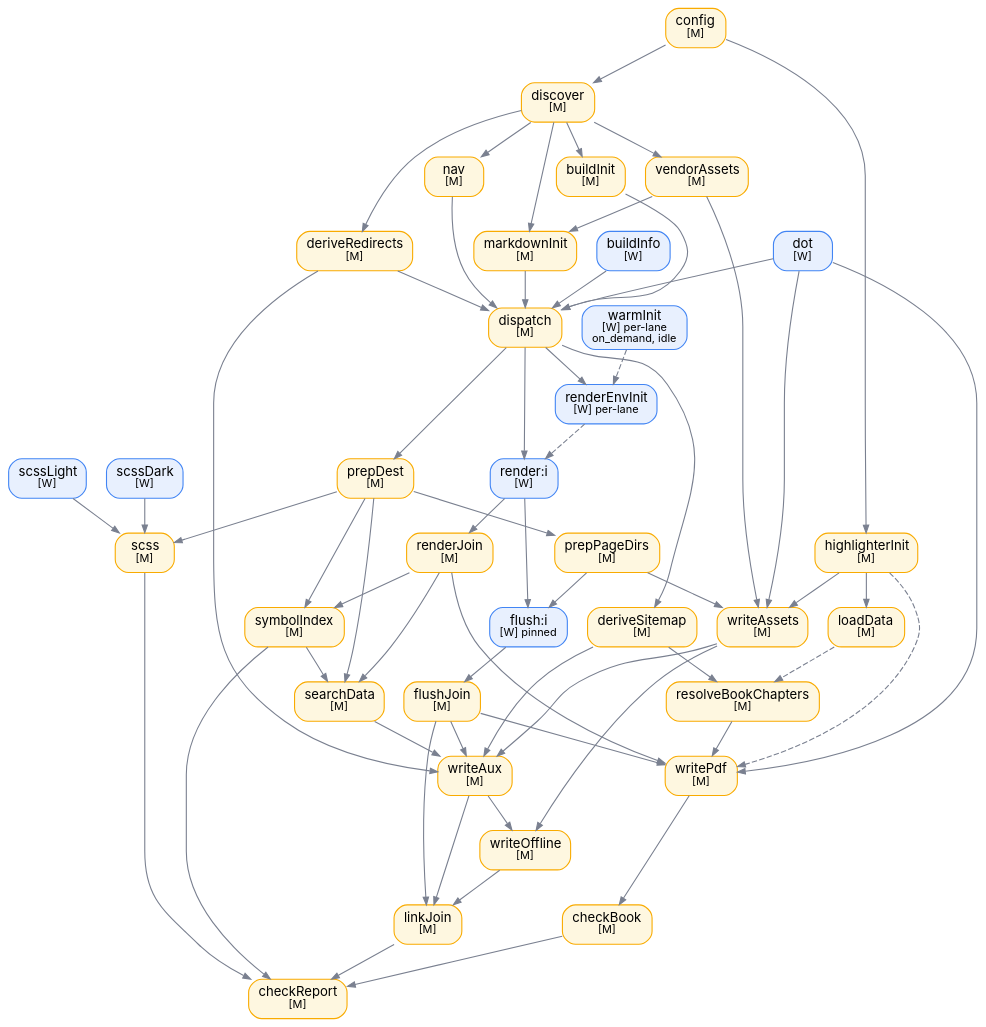
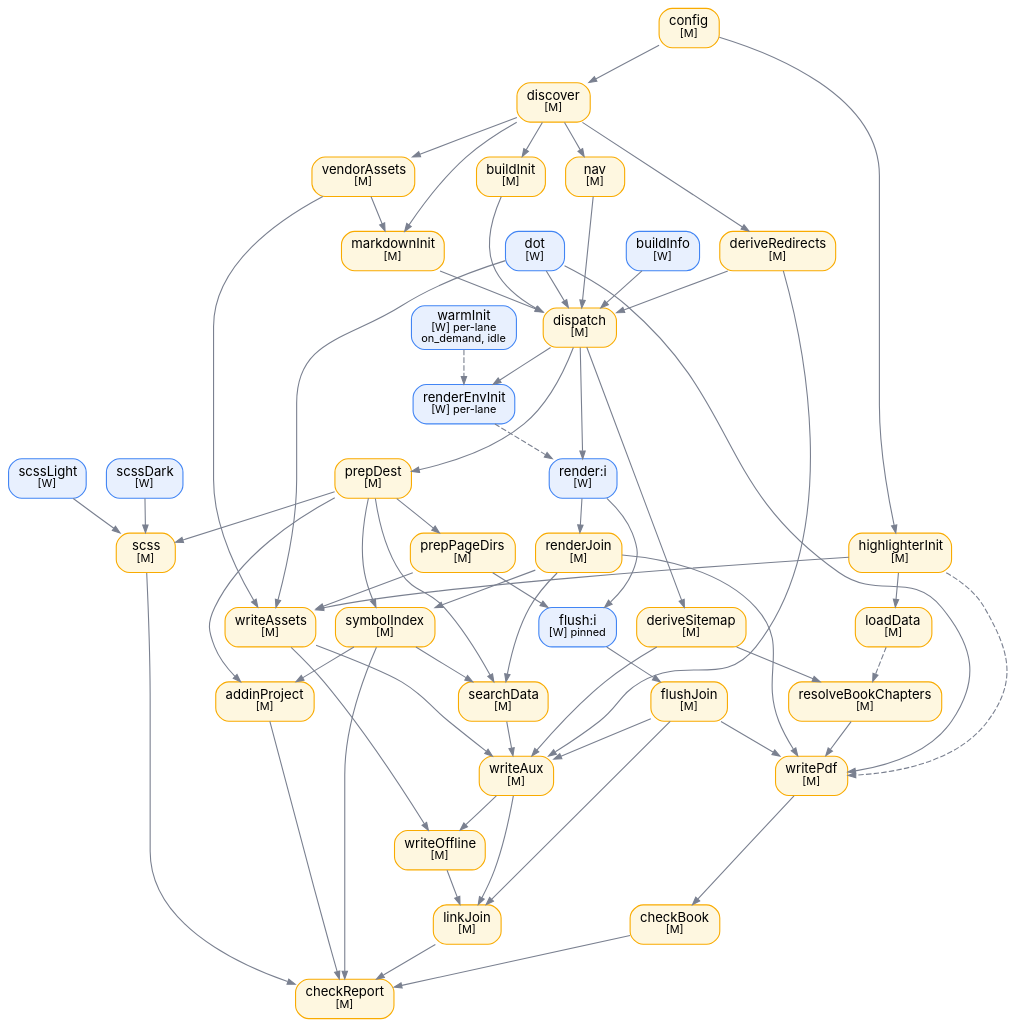
Before and after one commit to twinbasic/documentation: the diagram in docs/assets/images/dot/scheduler-dag.dot, drawn with Graphviz. The commit also changed 22 other files, not shown here.

Commit message:
tbdocs: build the help add-in's project file and publish it as a download; Help Add-In page offers it first, keeps the source route; addin-project test gate

```diff
--- a/docs/assets/images/dot/scheduler-dag.dot
+++ b/docs/assets/images/dot/scheduler-dag.dot
@@ -1,149 +1,154 @@
 // Task DAG of the SAB pull scheduler. See docs/Documentation/Builder.md.
 
 digraph scheduler {
     rankdir=TB
     bgcolor="transparent"
     nodesep=0.25
     ranksep=0.45
     splines=true
 
     node [
         shape=box
         style="rounded,filled"
         fontname="Inter,system-ui,-apple-system,Segoe UI,sans-serif"
         fontsize=12
         margin="0.12,0.06"
     ]
     edge [
         color="#7a8090"
         fontname="Inter,system-ui,-apple-system,Segoe UI,sans-serif"
         fontsize=10
         arrowsize=0.7
     ]
     graph [
         margin=0
     ]
 
     // ── Colour scheme ───────────────────────────────────────────────────
     // [M] main thread → fef7e0 fill / f9ab00 stroke
     // [W] worker      → e8f0fe fill / 4285f4 stroke
 
     // ── Nodes ───────────────────────────────────────────────────────────
 
     CF  [label=<config<BR/><FONT POINT-SIZE="10">[M]</FONT>>,             fillcolor="#fef7e0", color="#f9ab00"]
     BI  [label=<buildInfo<BR/><FONT POINT-SIZE="10">[W]</FONT>>,          fillcolor="#e8f0fe", color="#4285f4"]
     SL  [label=<scssLight<BR/><FONT POINT-SIZE="10">[W]</FONT>>,          fillcolor="#e8f0fe", color="#4285f4"]
     SD  [label=<scssDark<BR/><FONT POINT-SIZE="10">[W]</FONT>>,           fillcolor="#e8f0fe", color="#4285f4"]
     HI  [label=<highlighterInit<BR/><FONT POINT-SIZE="10">[M]</FONT>>,    fillcolor="#fef7e0", color="#f9ab00"]
     LD  [label=<loadData<BR/><FONT POINT-SIZE="10">[M]</FONT>>,           fillcolor="#fef7e0", color="#f9ab00"]
     WI  [label=<warmInit<BR/><FONT POINT-SIZE="10">[W] per-lane<BR/>on_demand, idle</FONT>>, fillcolor="#e8f0fe", color="#4285f4"]
 
     DI  [label=<discover<BR/><FONT POINT-SIZE="10">[M]</FONT>>,           fillcolor="#fef7e0", color="#f9ab00"]
     VA  [label=<vendorAssets<BR/><FONT POINT-SIZE="10">[M]</FONT>>,       fillcolor="#fef7e0", color="#f9ab00"]
     NV  [label=<nav<BR/><FONT POINT-SIZE="10">[M]</FONT>>,                fillcolor="#fef7e0", color="#f9ab00"]
     BU  [label=<buildInit<BR/><FONT POINT-SIZE="10">[M]</FONT>>,          fillcolor="#fef7e0", color="#f9ab00"]
     MI  [label=<markdownInit<BR/><FONT POINT-SIZE="10">[M]</FONT>>,       fillcolor="#fef7e0", color="#f9ab00"]
     DR  [label=<deriveRedirects<BR/><FONT POINT-SIZE="10">[M]</FONT>>,    fillcolor="#fef7e0", color="#f9ab00"]
     DT  [label=<dot<BR/><FONT POINT-SIZE="10">[W]</FONT>>,                fillcolor="#e8f0fe", color="#4285f4"]
     DSi [label=<deriveSitemap<BR/><FONT POINT-SIZE="10">[M]</FONT>>,      fillcolor="#fef7e0", color="#f9ab00"]
     RBC [label=<resolveBookChapters<BR/><FONT POINT-SIZE="10">[M]</FONT>>, fillcolor="#fef7e0", color="#f9ab00"]
 
     DP  [label=<dispatch<BR/><FONT POINT-SIZE="10">[M]</FONT>>,           fillcolor="#fef7e0", color="#f9ab00"]
     PD  [label=<prepDest<BR/><FONT POINT-SIZE="10">[M]</FONT>>,           fillcolor="#fef7e0", color="#f9ab00"]
     PPD [label=<prepPageDirs<BR/><FONT POINT-SIZE="10">[M]</FONT>>,       fillcolor="#fef7e0", color="#f9ab00"]
     REI [label=<renderEnvInit<BR/><FONT POINT-SIZE="10">[W] per-lane</FONT>>, fillcolor="#e8f0fe", color="#4285f4"]
     Ri  [label=<render:i<BR/><FONT POINT-SIZE="10">[W]</FONT>>,           fillcolor="#e8f0fe", color="#4285f4"]
     RJ  [label=<renderJoin<BR/><FONT POINT-SIZE="10">[M]</FONT>>,         fillcolor="#fef7e0", color="#f9ab00"]
 
     SCSS [label=<scss<BR/><FONT POINT-SIZE="10">[M]</FONT>>,              fillcolor="#fef7e0", color="#f9ab00"]
     Fi   [label=<flush:i<BR/><FONT POINT-SIZE="10">[W] pinned</FONT>>,    fillcolor="#e8f0fe", color="#4285f4"]
     FJ   [label=<flushJoin<BR/><FONT POINT-SIZE="10">[M]</FONT>>,         fillcolor="#fef7e0", color="#f9ab00"]
     WA   [label=<writeAssets<BR/><FONT POINT-SIZE="10">[M]</FONT>>,       fillcolor="#fef7e0", color="#f9ab00"]
     SDt  [label=<searchData<BR/><FONT POINT-SIZE="10">[M]</FONT>>,        fillcolor="#fef7e0", color="#f9ab00"]
     SYM  [label=<symbolIndex<BR/><FONT POINT-SIZE="10">[M]</FONT>>,       fillcolor="#fef7e0", color="#f9ab00"]
-    WX   [label=<writeAux<BR/><FONT POINT-SIZE="10">[M]</FONT>>,          fillcolor="#fef7e0", color="#f9ab00"]
+    AP   [label=<addinProject<BR/><FONT POINT-SIZE="10">[M]</FONT>>,      fillcolor="#fef7e0", color="#f9ab00"]
+    WX  [label=<writeAux<BR/><FONT POINT-SIZE="10">[M]</FONT>>,          fillcolor="#fef7e0", color="#f9ab00"]
     WO   [label=<writeOffline<BR/><FONT POINT-SIZE="10">[M]</FONT>>,      fillcolor="#fef7e0", color="#f9ab00"]
     WP   [label=<writePdf<BR/><FONT POINT-SIZE="10">[M]</FONT>>,          fillcolor="#fef7e0", color="#f9ab00"]
 
     LJ   [label=<linkJoin<BR/><FONT POINT-SIZE="10">[M]</FONT>>,          fillcolor="#fef7e0", color="#f9ab00"]
     CB   [label=<checkBook<BR/><FONT POINT-SIZE="10">[M]</FONT>>,         fillcolor="#fef7e0", color="#f9ab00"]
     CR   [label=<checkReport<BR/><FONT POINT-SIZE="10">[M]</FONT>>,       fillcolor="#fef7e0", color="#f9ab00"]
 
     // ── Edges ───────────────────────────────────────────────────────────
 
     CF -> DI
     CF -> HI
     HI -> LD
     DI -> NV
     DI -> BU
     DI -> MI
     DI -> DR
     DI -> VA
     VA -> MI
 
     NV -> DP
     BU -> DP
     BI -> DP
     DT -> DP
     DR -> DP
     MI -> DP
 
     DP -> PD
     DP -> DSi
     DP -> REI
     DP -> Ri
 
     PD -> PPD
     PD -> SCSS
     SL -> SCSS
     SD -> SCSS
 
     DSi -> RBC
     LD  -> RBC [style=dashed]
 
     WI  -> REI [style=dashed]
     REI -> Ri  [style=dashed]
 
     Ri  -> Fi
     Ri  -> RJ
     PPD -> Fi
     Fi  -> FJ
 
     DT  -> WA
     PPD -> WA
     HI  -> WA
     VA  -> WA
 
     RJ -> SDt
     PD -> SDt
 
     RJ -> SYM
     PD -> SYM
     SYM -> SDt
 
+    SYM -> AP
+    PD  -> AP
+
     WA  -> WX
     SDt -> WX
     FJ  -> WX
     DR  -> WX
     DSi -> WX
 
     WX -> WO
     WA -> WO
 
     FJ  -> WP
     RJ  -> WP
     DT  -> WP
     RBC -> WP
     HI  -> WP [style=dashed]
 
     FJ -> LJ
     WX -> LJ
     WO -> LJ
 
     WP -> CB
 
     LJ   -> CR
     CB   -> CR
     SCSS -> CR
     SYM  -> CR
+    AP   -> CR
 }
```
